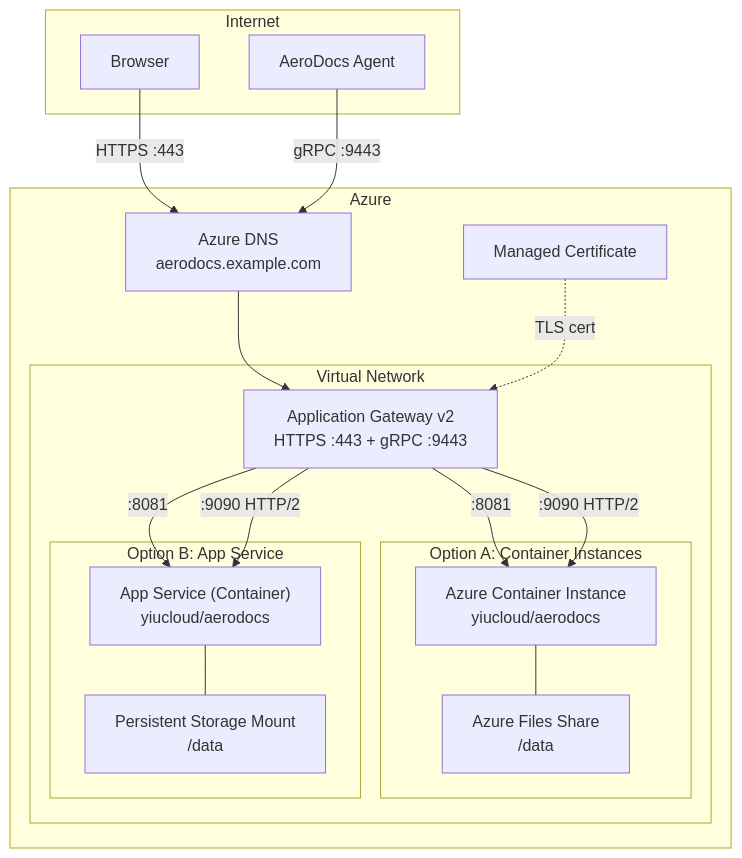
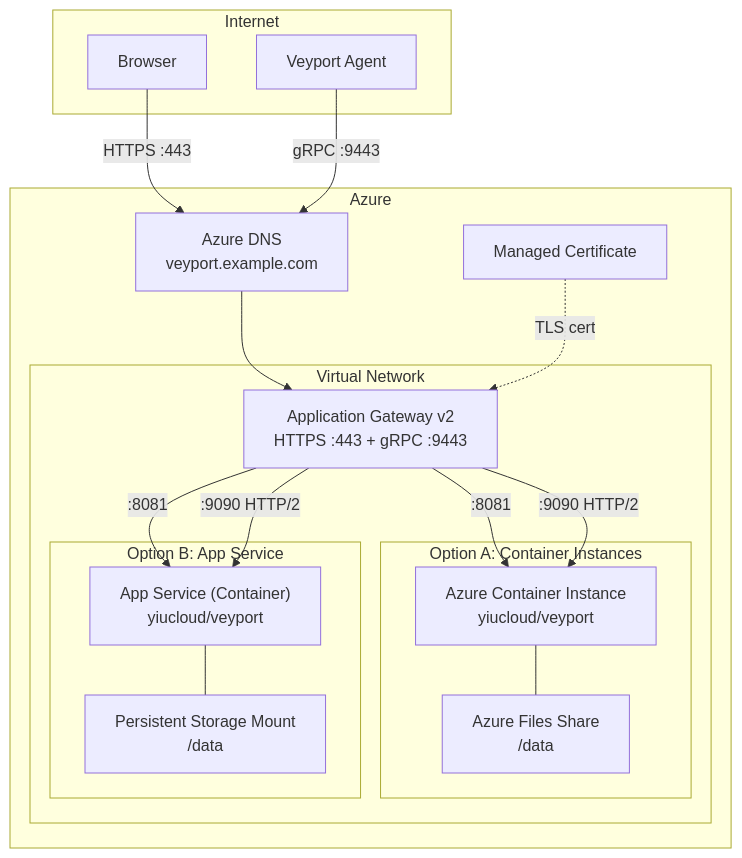
Before and after one commit to lorconksu/aerodocs: the diagram in docs/wiki/Deployment-Azure.md, drawn with Mermaid. The commit also changed other lines of this file and 237 other files, not shown here.

````diff
--- a/docs/wiki/Deployment-Azure.md
+++ b/docs/wiki/Deployment-Azure.md
@@ -16,37 +16,37 @@
 ```mermaid
 flowchart TB
     subgraph Internet
         Browser["Browser"]
-        Agent["AeroDocs Agent"]
+        Agent["Veyport Agent"]
     end
 
     subgraph Azure
-        DNS["Azure DNS<br/>aerodocs.example.com"]
+        DNS["Azure DNS<br/>veyport.example.com"]
         Cert["Managed Certificate"]
 
         subgraph VNet["Virtual Network"]
             AppGW["Application Gateway v2<br/>HTTPS :443 + gRPC :9443"]
 
             subgraph OptionA["Option A: Container Instances"]
-                ACI["Azure Container Instance<br/>yiucloud/aerodocs"]
+                ACI["Azure Container Instance<br/>yiucloud/veyport"]
                 AzFiles["Azure Files Share<br/>/data"]
             end
 
             subgraph OptionB["Option B: App Service"]
-                AppSvc["App Service (Container)<br/>yiucloud/aerodocs"]
+                AppSvc["App Service (Container)<br/>yiucloud/veyport"]
                 AppStorage["Persistent Storage Mount<br/>/data"]
             end
         end
     end
 
     Browser -->|HTTPS :443| DNS
     Agent -->|gRPC :9443| DNS
     DNS --> AppGW
     Cert -.->|TLS cert| AppGW
     AppGW -->|:8081| ACI
     AppGW -->|:9090 HTTP/2| ACI
     ACI --- AzFiles
     AppGW -->|:8081| AppSvc
     AppGW -->|:9090 HTTP/2| AppSvc
     AppSvc --- AppStorage
 ```
````
